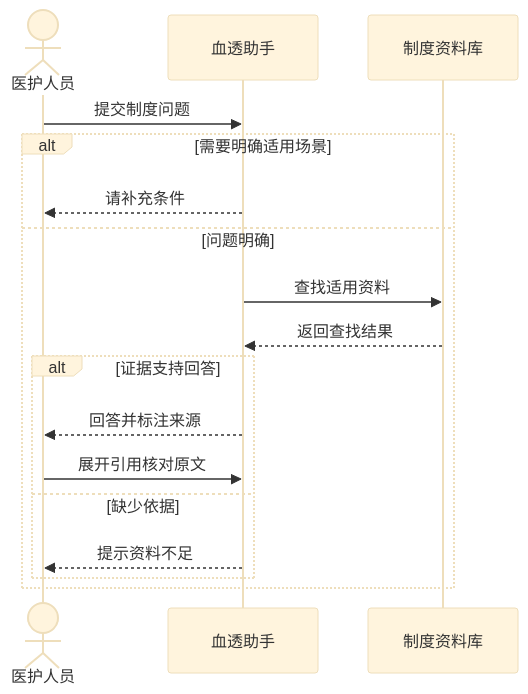
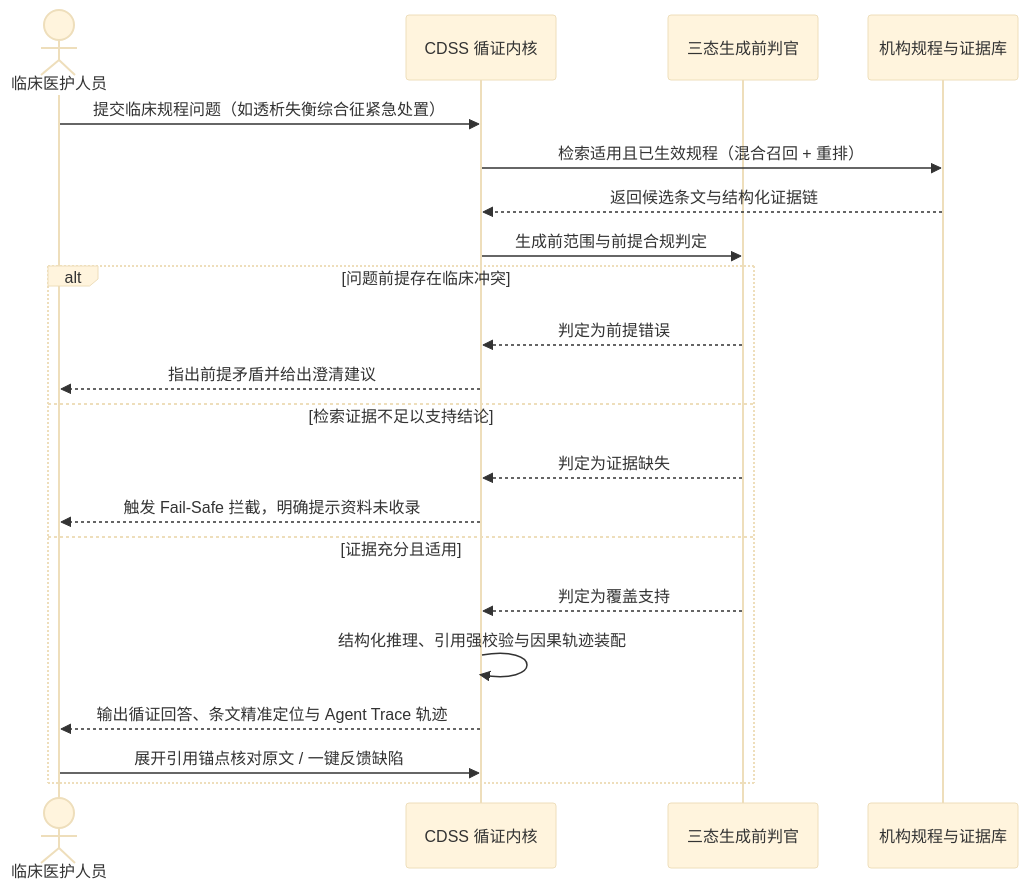
One commit to ch1209498273/medical-rag-assistant-showcase changed the second of 3 diagrams in README.md. Above: the diagram before and after it, drawn with Mermaid (base theme). The commit also changed other lines of this file, not shown here.

Commit message:
docs: elevate CDSS clinical evidence decision support and governance architecture

````diff
--- a/README.md
+++ b/README.md
@@ -44,19 +54,23 @@
 ```mermaid
 sequenceDiagram
-    actor U as 医护人员
-    participant A as 血透助手
-    participant K as 制度资料库
-    U->>A: 提交制度问题
-    alt 需要明确适用场景
-        A-->>U: 请补充条件
-    else 问题明确
-        A->>K: 查找适用资料
-        K-->>A: 返回查找结果
-        alt 证据支持回答
-            A-->>U: 回答并标注来源
-            U->>A: 展开引用核对原文
-        else 缺少依据
-            A-->>U: 提示资料不足
-        end
+    actor U as 临床医护人员
+    participant A as CDSS 循证内核
+    participant J as 三态生成前判官
+    participant K as 机构规程与证据库
+    U->>A: 提交临床规程问题（如透析失衡综合征紧急处置）
+    A->>K: 检索适用且已生效规程（混合召回 + 重排）
+    K-->>A: 返回候选条文与结构化证据链
+    A->>J: 生成前范围与前提合规判定
+    alt 问题前提存在临床冲突
+        J-->>A: 判定为前提错误
+        A-->>U: 指出前提矛盾并给出澄清建议
+    else 检索证据不足以支持结论
+        J-->>A: 判定为证据缺失
+        A-->>U: 触发 Fail-Safe 拦截，明确提示资料未收录
+    else 证据充分且适用
+        J-->>A: 判定为覆盖支持
+        A->>A: 结构化推理、引用强校验与因果轨迹装配
+        A-->>U: 输出循证回答、条文精准定位与 Agent Trace 轨迹
+        U->>A: 展开引用锚点核对原文 / 一键反馈缺陷
     end
 ```
````
